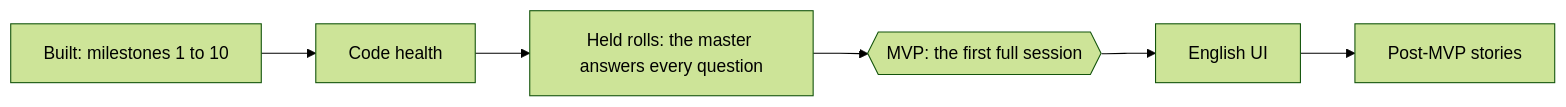
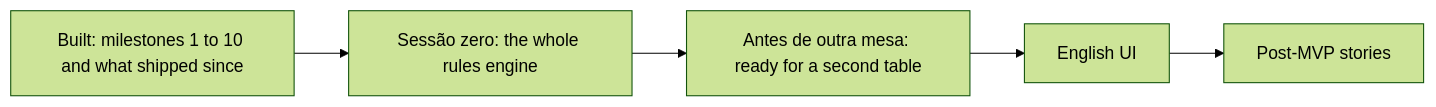
One commit to PuraFome/meuRPG changed the diagram in docs/roadmap.md. Above: the diagram before and after it, drawn with Mermaid (forest theme). The commit also changed other lines of this file and 20 other files, not shown here.

First line of the commit message:
fix: fail fast without DATABASE_URL, a migrated e2e database, and the train, roadmap and casting docs (train 73) (#684)

````diff
--- a/docs/roadmap.md
+++ b/docs/roadmap.md
@@ -8,8 +8,7 @@
 ```mermaid
 flowchart LR
-    done["Built: milestones 1 to 10"] --> health["Code health"]
-    health --> held["Held rolls: the master answers every question"]
-    held --> mvp{{"MVP: the first full session"}}
-    mvp --> i18n["English UI"]
+    done["Built: milestones 1 to 10 and what shipped since"] --> zero["Sessão zero: the whole rules engine"]
+    zero --> second["Antes de outra mesa: ready for a second table"]
+    second --> i18n["English UI"]
     i18n --> later["Post-MVP stories"]
 ```
````
